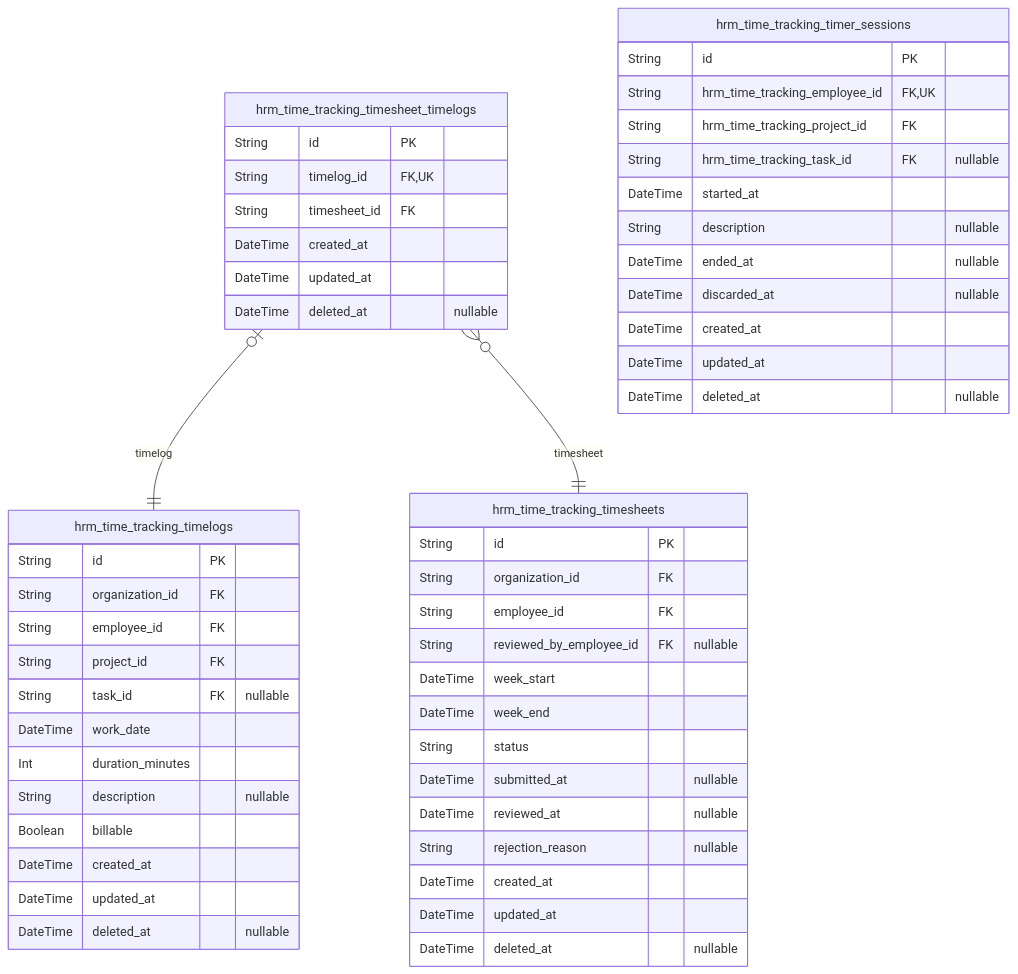
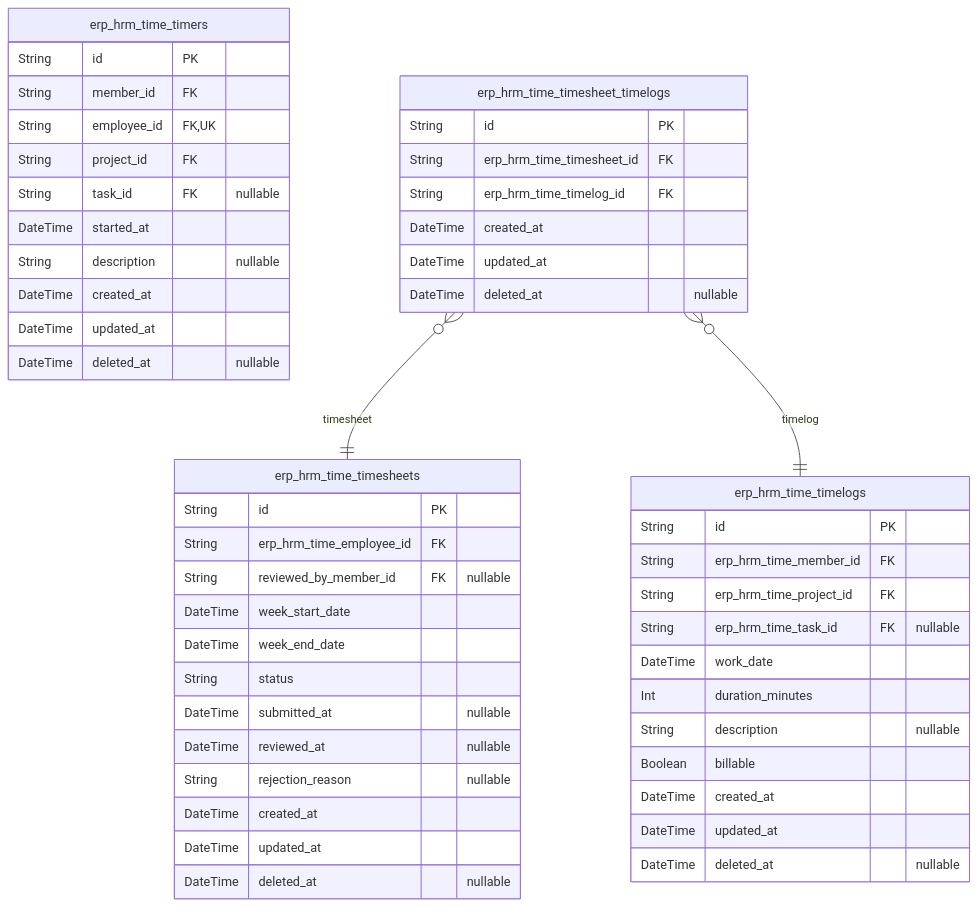
The seventh of 9 diagrams in openai/gpt-5.4-mini/erp/docs/ERD.md (wrtnlabs/autobe-examples), drawn with Mermaid before and after one commit. The commit also changed other lines of this file and 9017 other files, not shown here.

````diff
--- a/openai/gpt-5.4-mini/erp/docs/ERD.md
+++ b/openai/gpt-5.4-mini/erp/docs/ERD.md
@@ -856,55 +737,52 @@
 ```mermaid
 erDiagram
-"hrm_time_tracking_timelogs" {
+"erp_hrm_time_timelogs" {
   String id PK
-  String organization_id FK
-  String employee_id FK
-  String project_id FK
-  String task_id FK "nullable"
+  String erp_hrm_time_member_id FK
+  String erp_hrm_time_project_id FK
+  String erp_hrm_time_task_id FK "nullable"
   DateTime work_date
   Int duration_minutes
   String description "nullable"
   Boolean billable
   DateTime created_at
   DateTime updated_at
   DateTime deleted_at "nullable"
 }
-"hrm_time_tracking_timesheets" {
+"erp_hrm_time_timers" {
   String id PK
-  String organization_id FK
-  String employee_id FK
-  String reviewed_by_employee_id FK "nullable"
-  DateTime week_start
-  DateTime week_end
+  String member_id FK
+  String employee_id FK,UK
+  String project_id FK
+  String task_id FK "nullable"
+  DateTime started_at
+  String description "nullable"
+  DateTime created_at
+  DateTime updated_at
+  DateTime deleted_at "nullable"
+}
+"erp_hrm_time_timesheets" {
+  String id PK
+  String erp_hrm_time_employee_id FK
+  String reviewed_by_member_id FK "nullable"
+  DateTime week_start_date
+  DateTime week_end_date
   String status
   DateTime submitted_at "nullable"
   DateTime reviewed_at "nullable"
   String rejection_reason "nullable"
   DateTime created_at
   DateTime updated_at
   DateTime deleted_at "nullable"
 }
-"hrm_time_tracking_timesheet_timelogs" {
+"erp_hrm_time_timesheet_timelogs" {
   String id PK
-  String timelog_id FK,UK
-  String timesheet_id FK
+  String erp_hrm_time_timesheet_id FK
+  String erp_hrm_time_timelog_id FK
   DateTime created_at
   DateTime updated_at
   DateTime deleted_at "nullable"
 }
-"hrm_time_tracking_timer_sessions" {
-  String id PK
-  String hrm_time_tracking_employee_id FK,UK
-  String hrm_time_tracking_project_id FK
-  String hrm_time_tracking_task_id FK "nullable"
-  DateTime started_at
-  String description "nullable"
-  DateTime ended_at "nullable"
-  DateTime discarded_at "nullable"
-  DateTime created_at
-  DateTime updated_at
-  DateTime deleted_at "nullable"
-}
-"hrm_time_tracking_timesheet_timelogs" |o--|| "hrm_time_tracking_timelogs" : timelog
-"hrm_time_tracking_timesheet_timelogs" }o--|| "hrm_time_tracking_timesheets" : timesheet
+"erp_hrm_time_timesheet_timelogs" }o--|| "erp_hrm_time_timesheets" : timesheet
+"erp_hrm_time_timesheet_timelogs" }o--|| "erp_hrm_time_timelogs" : timelog
 ```
````
